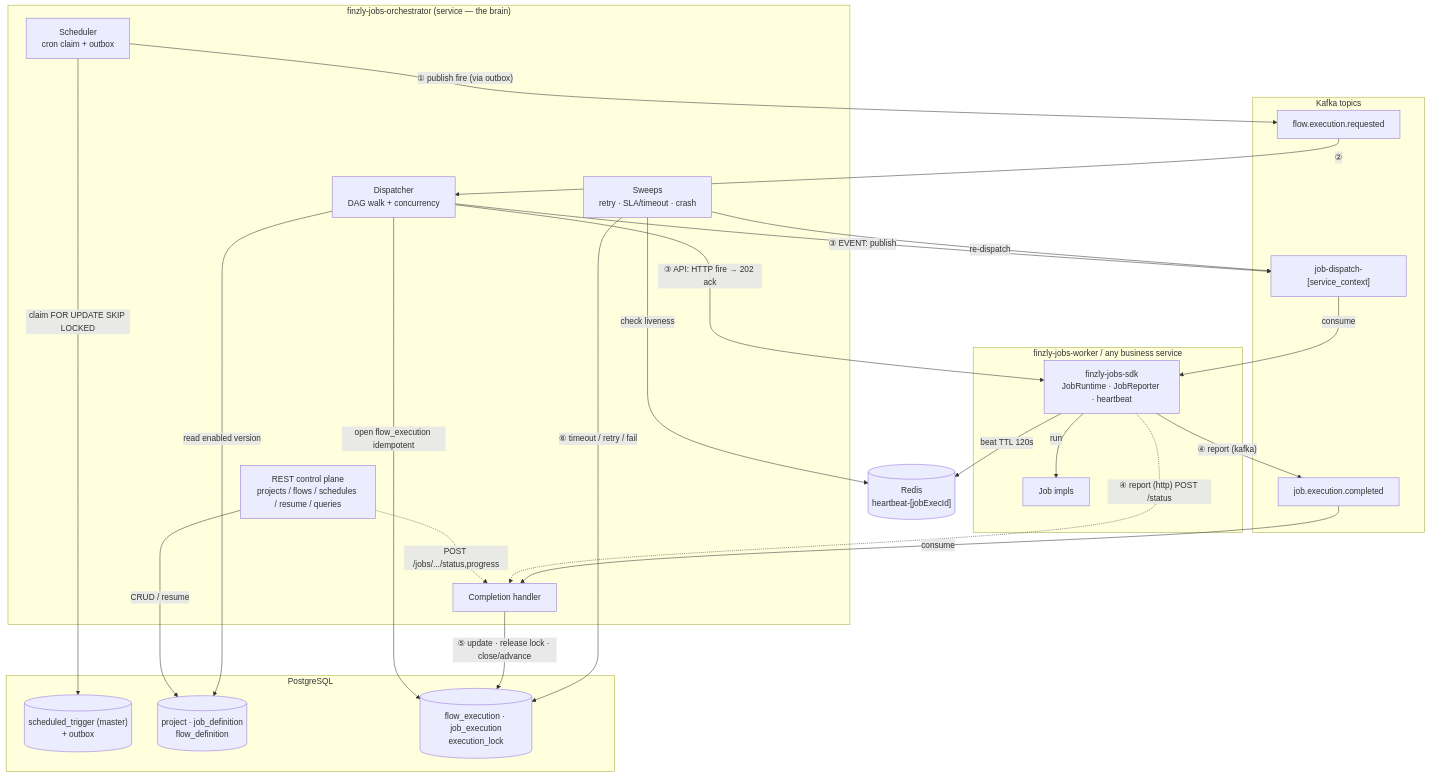
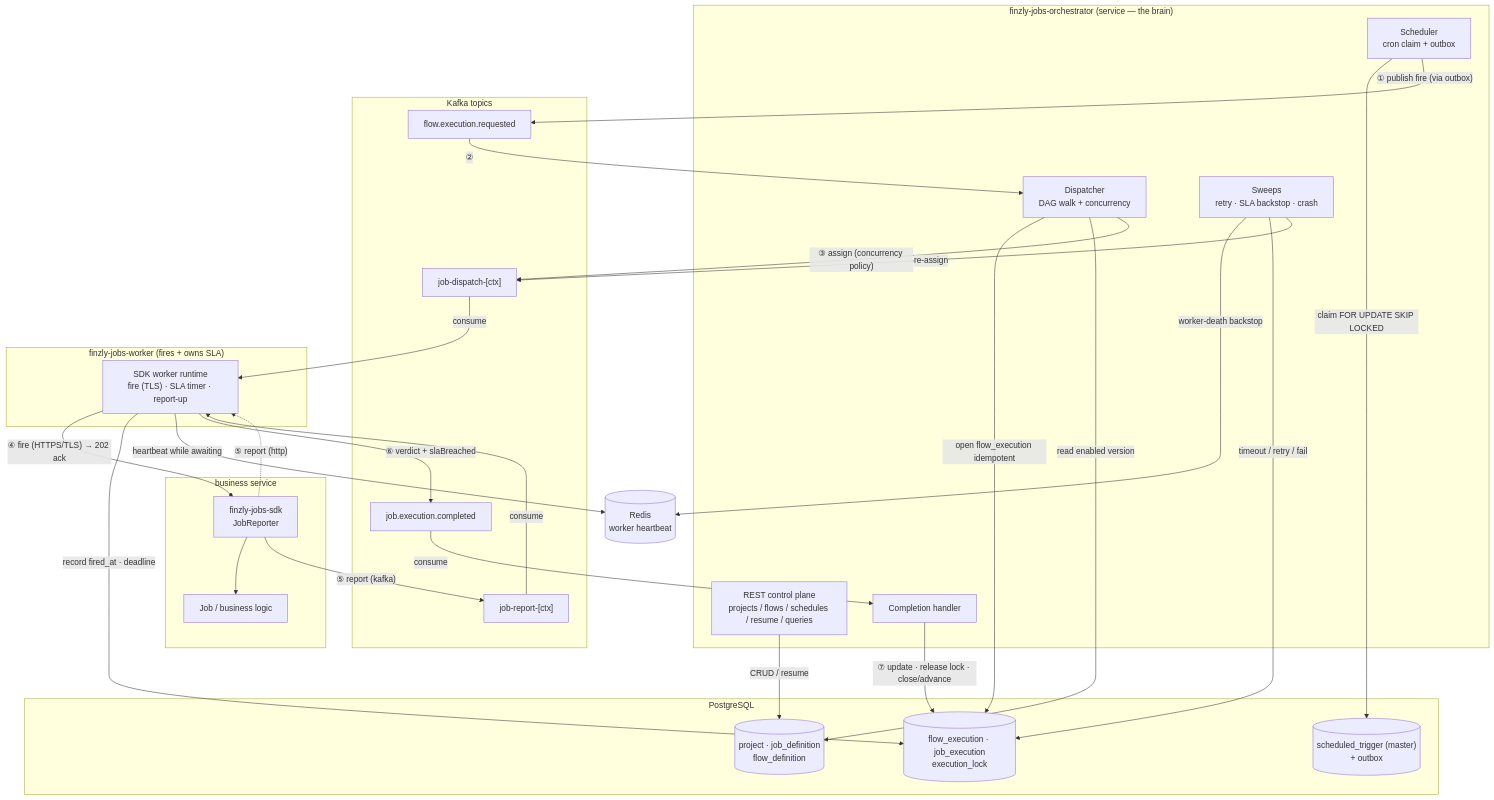
Before and after one commit to anilpandeyfinzly/finzly-jobs-poc: the first of 3 diagrams in docs/ARCHITECTURE.md, drawn with Mermaid. The commit also changed other lines of this file and 2 other files, not shown here.

Commit message:
docs: worker-mediated report path — service reports to worker, worker owns SLA
- report path is service -> worker -> orchestrator (not service -> orchestrator)
- worker fires the service over verified TLS, times the fire, computes SLA verdict
- new job-report-<ctx> topic (service -> worker); job.execution.completed now worker -> orchestrator (+slaBreached)
- JobReporter targets the worker via JobHandle.report_to; orchestrator keeps only a worker-death backstop
- update mermaid flowchart + sequence + legend and SDK guide accordingly

````diff
--- a/docs/ARCHITECTURE.md
+++ b/docs/ARCHITECTURE.md
@@ -8,63 +8,73 @@
 ```mermaid
 flowchart TB
   %% ---------------- Control plane ----------------
   subgraph ORCH["finzly-jobs-orchestrator (service — the brain)"]
     API["REST control plane<br/>projects / flows / schedules / resume / queries"]
     SCH["Scheduler<br/>cron claim + outbox"]
     DIS["Dispatcher<br/>DAG walk + concurrency"]
     COMP["Completion handler"]
-    SWP["Sweeps<br/>retry · SLA/timeout · crash"]
+    SWP["Sweeps<br/>retry · SLA backstop · crash"]
   end
 
   %% ---------------- Kafka ----------------
   subgraph KAFKA["Kafka topics"]
     T1["flow.execution.requested"]
-    T2["job-dispatch-[service_context]"]
+    T2["job-dispatch-[ctx]"]
+    T4["job-report-[ctx]"]
     T3["job.execution.completed"]
   end
 
   %% ---------------- Storage ----------------
   subgraph PG["PostgreSQL"]
     MST[("scheduled_trigger (master)<br/>+ outbox")]
     DEF[("project · job_definition<br/>flow_definition")]
     EXE[("flow_execution · job_execution<br/>execution_lock")]
   end
-  RED[("Redis<br/>heartbeat-[jobExecId]")]
+  RED[("Redis<br/>worker heartbeat")]
 
-  %% ---------------- Worker side ----------------
-  subgraph WRK["finzly-jobs-worker / any business service"]
-    SDK["finzly-jobs-sdk<br/>JobRuntime · JobReporter · heartbeat"]
-    JOB["Job impls"]
+  %% ---------------- Worker ----------------
+  subgraph WRK["finzly-jobs-worker (fires + owns SLA)"]
+    WSDK["SDK worker runtime<br/>fire (TLS) · SLA timer · report-up"]
+  end
+
+  %% ---------------- Business service ----------------
+  subgraph SVC["business service"]
+    SSDK["finzly-jobs-sdk<br/>JobReporter"]
+    JOB["Job / business logic"]
   end
 
   %% definitions & control
   API -->|CRUD / resume| DEF
-  API -.->|"POST /jobs/.../status,progress"| COMP
 
   %% schedule -> fire
   SCH -->|"claim FOR UPDATE SKIP LOCKED"| MST
   SCH -->|"① publish fire (via outbox)"| T1
   T1  -->|"②"| DIS
   DIS -->|open flow_execution idempotent| EXE
   DIS -->|read enabled version| DEF
 
-  %% dispatch: two modes
-  DIS -->|"③ EVENT: publish"| T2
-  T2  -->|consume| SDK
-  DIS -->|"③ API: HTTP fire → 202 ack"| SDK
+  %% assign to worker
+  DIS -->|"③ assign (concurrency policy)"| T2
+  T2  -->|consume| WSDK
 
-  %% execute
-  SDK -->|run| JOB
-  SDK -->|beat TTL 120s| RED
+  %% worker fires the service
+  WSDK -->|"④ fire (HTTPS/TLS) → 202 ack"| SSDK
+  WSDK -->|record fired_at · deadline| EXE
+  WSDK -->|heartbeat while awaiting| RED
+  SSDK --> JOB
 
-  %% report back: two transports
-  SDK -->|"④ report (kafka)"| T3
-  SDK -.->|"④ report (http) POST /status"| COMP
-  T3  -->|consume| COMP
+  %% service reports BACK TO THE WORKER
+  SSDK -->|"⑤ report (kafka)"| T4
+  SSDK -.->|"⑤ report (http)"| WSDK
+  T4   -->|consume| WSDK
+
+  %% worker computes SLA verdict, reports up
+  WSDK -->|"⑥ verdict + slaBreached"| T3
+  T3   -->|consume| COMP
 
   %% completion & recovery
-  COMP -->|"⑤ update · release lock · close/advance"| EXE
-  SWP  -->|check liveness| RED
-  SWP  -->|"⑥ timeout / retry / fail"| EXE
-  SWP  -->|"re-dispatch"| T2
+  COMP -->|"⑦ update · release lock · close/advance"| EXE
+  SWP  -->|worker-death backstop| RED
+  SWP  -->|"timeout / retry / fail"| EXE
+  SWP  -->|"re-assign"| T2
 ```
````
